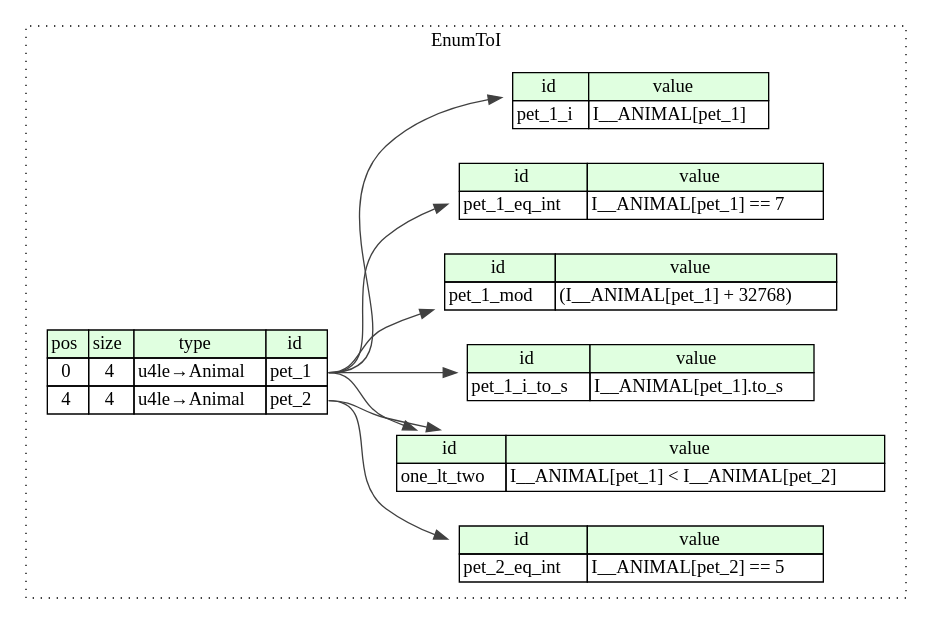
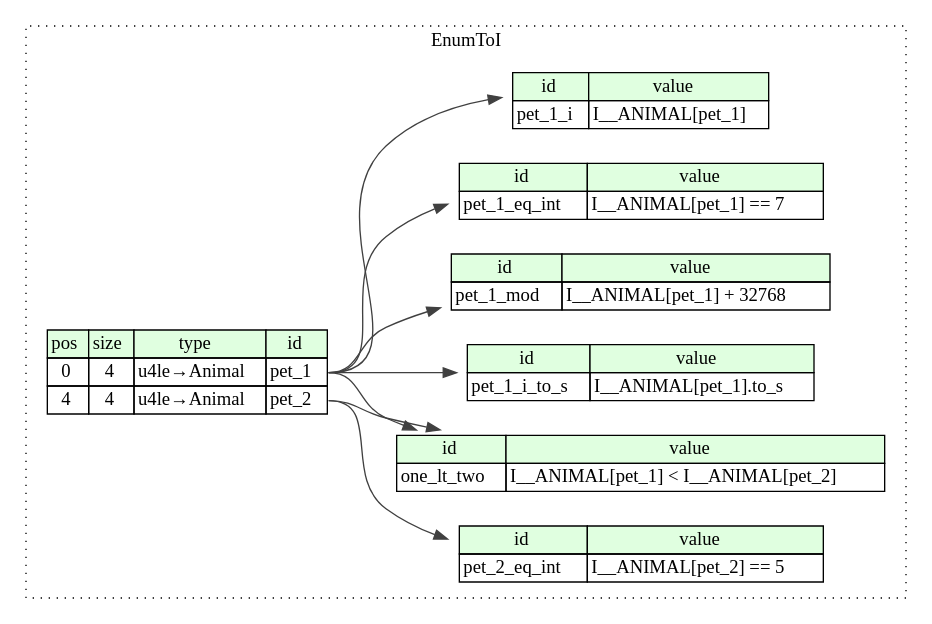
Before and after one commit to kaitai-io/ci_targets: the diagram in compiled/graphviz/enum_to_i.dot, drawn with Graphviz. The commit also changed 530 other files, not shown here.

```diff
--- a/compiled/graphviz/enum_to_i.dot
+++ b/compiled/graphviz/enum_to_i.dot
@@ -1,45 +1,45 @@
 digraph {
 	rankdir=LR;
 	node [shape=plaintext];
 	subgraph cluster__enum_to_i {
 		label="EnumToI";
 		graph[style=dotted];
 
 		enum_to_i__seq [label=<<TABLE BORDER="0" CELLBORDER="1" CELLSPACING="0">
 			<TR><TD BGCOLOR="#E0FFE0">pos</TD><TD BGCOLOR="#E0FFE0">size</TD><TD BGCOLOR="#E0FFE0">type</TD><TD BGCOLOR="#E0FFE0">id</TD></TR>
 			<TR><TD PORT="pet_1_pos">0</TD><TD PORT="pet_1_size">4</TD><TD>u4le→Animal</TD><TD PORT="pet_1_type">pet_1</TD></TR>
 			<TR><TD PORT="pet_2_pos">4</TD><TD PORT="pet_2_size">4</TD><TD>u4le→Animal</TD><TD PORT="pet_2_type">pet_2</TD></TR>
 		</TABLE>>];
 		enum_to_i__inst__one_lt_two [label=<<TABLE BORDER="0" CELLBORDER="1" CELLSPACING="0">
 			<TR><TD BGCOLOR="#E0FFE0">id</TD><TD BGCOLOR="#E0FFE0">value</TD></TR>
 			<TR><TD>one_lt_two</TD><TD>I__ANIMAL[pet_1] &lt; I__ANIMAL[pet_2]</TD></TR>
 		</TABLE>>];
 		enum_to_i__inst__pet_1_eq_int [label=<<TABLE BORDER="0" CELLBORDER="1" CELLSPACING="0">
 			<TR><TD BGCOLOR="#E0FFE0">id</TD><TD BGCOLOR="#E0FFE0">value</TD></TR>
 			<TR><TD>pet_1_eq_int</TD><TD>I__ANIMAL[pet_1] == 7</TD></TR>
 		</TABLE>>];
 		enum_to_i__inst__pet_1_i [label=<<TABLE BORDER="0" CELLBORDER="1" CELLSPACING="0">
 			<TR><TD BGCOLOR="#E0FFE0">id</TD><TD BGCOLOR="#E0FFE0">value</TD></TR>
 			<TR><TD>pet_1_i</TD><TD>I__ANIMAL[pet_1]</TD></TR>
 		</TABLE>>];
 		enum_to_i__inst__pet_1_i_to_s [label=<<TABLE BORDER="0" CELLBORDER="1" CELLSPACING="0">
 			<TR><TD BGCOLOR="#E0FFE0">id</TD><TD BGCOLOR="#E0FFE0">value</TD></TR>
 			<TR><TD>pet_1_i_to_s</TD><TD>I__ANIMAL[pet_1].to_s</TD></TR>
 		</TABLE>>];
 		enum_to_i__inst__pet_1_mod [label=<<TABLE BORDER="0" CELLBORDER="1" CELLSPACING="0">
 			<TR><TD BGCOLOR="#E0FFE0">id</TD><TD BGCOLOR="#E0FFE0">value</TD></TR>
-			<TR><TD>pet_1_mod</TD><TD>(I__ANIMAL[pet_1] + 32768)</TD></TR>
+			<TR><TD>pet_1_mod</TD><TD>I__ANIMAL[pet_1] + 32768</TD></TR>
 		</TABLE>>];
 		enum_to_i__inst__pet_2_eq_int [label=<<TABLE BORDER="0" CELLBORDER="1" CELLSPACING="0">
 			<TR><TD BGCOLOR="#E0FFE0">id</TD><TD BGCOLOR="#E0FFE0">value</TD></TR>
 			<TR><TD>pet_2_eq_int</TD><TD>I__ANIMAL[pet_2] == 5</TD></TR>
 		</TABLE>>];
 	}
 	enum_to_i__seq:pet_1_type -> enum_to_i__inst__one_lt_two [color="#404040"];
 	enum_to_i__seq:pet_2_type -> enum_to_i__inst__one_lt_two [color="#404040"];
 	enum_to_i__seq:pet_1_type -> enum_to_i__inst__pet_1_eq_int [color="#404040"];
 	enum_to_i__seq:pet_1_type -> enum_to_i__inst__pet_1_i [color="#404040"];
 	enum_to_i__seq:pet_1_type -> enum_to_i__inst__pet_1_i_to_s [color="#404040"];
 	enum_to_i__seq:pet_1_type -> enum_to_i__inst__pet_1_mod [color="#404040"];
 	enum_to_i__seq:pet_2_type -> enum_to_i__inst__pet_2_eq_int [color="#404040"];
 }
```
